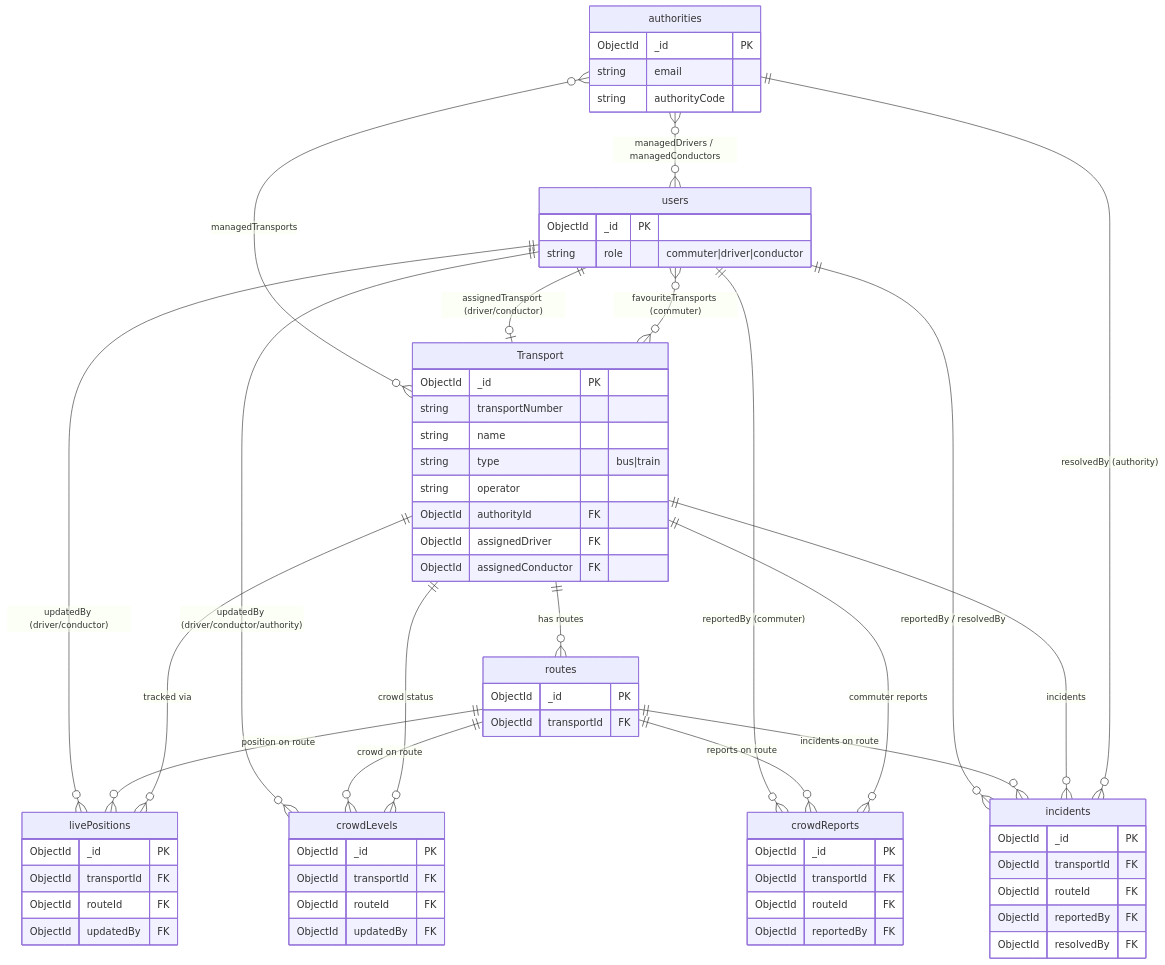
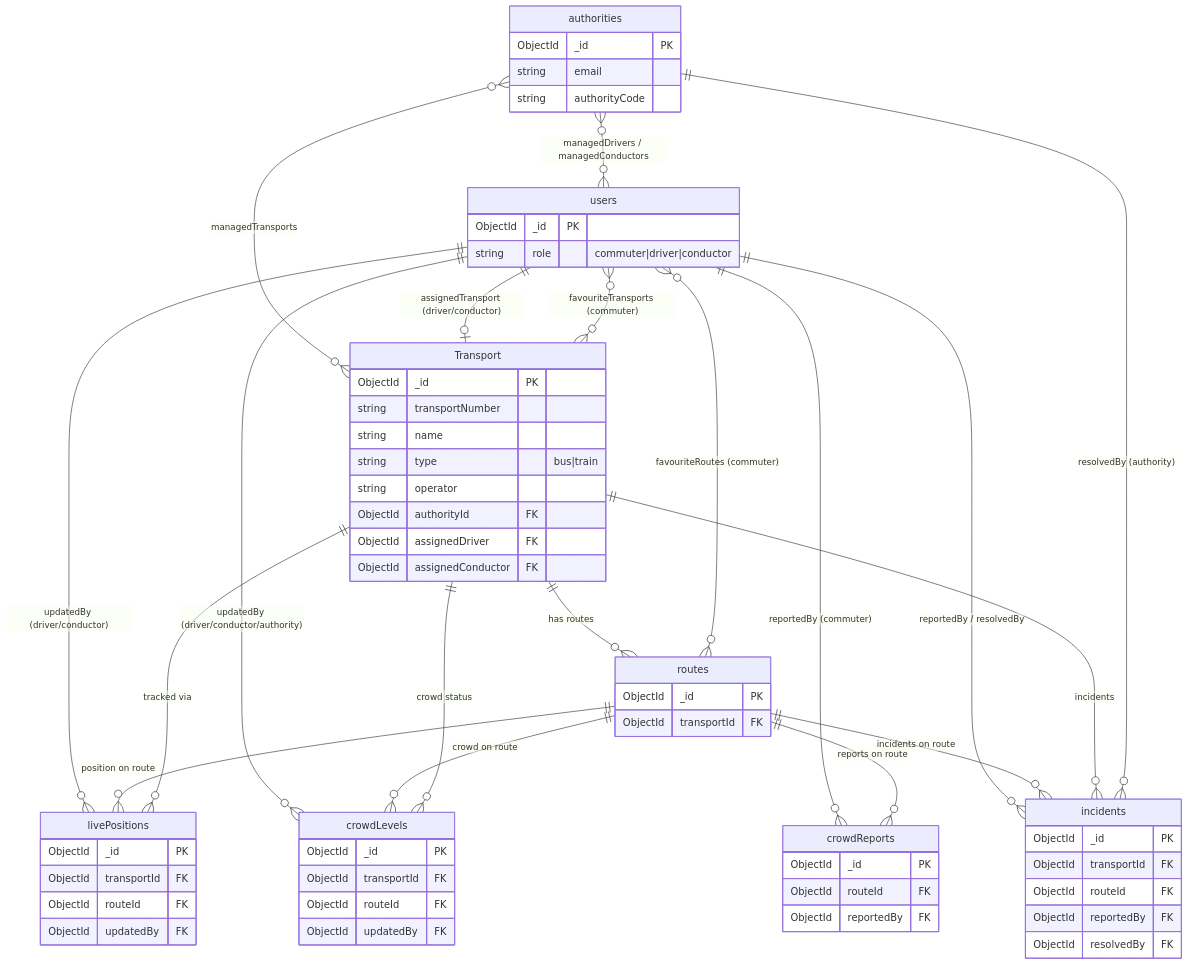
One commit to sanjayparivallal/Public-Transport-Information-and-Crowd-Insights changed the first of 2 diagrams in DATABASE_SCHEMA.md. Above: the diagram before and after it, drawn with Mermaid. The commit also changed other lines of this file and 33 other files, not shown here.

````diff
--- a/DATABASE_SCHEMA.md
+++ b/DATABASE_SCHEMA.md
@@ -374,78 +377,77 @@
 ```mermaid
 erDiagram
 
     users {
         ObjectId _id PK
         string role "commuter|driver|conductor"
     }
 
     authorities {
         ObjectId _id PK
         string email
         string authorityCode
     }
 
     Transport {
         ObjectId _id PK
         string transportNumber
         string name
         string type "bus|train"
         string operator
         ObjectId authorityId FK
         ObjectId assignedDriver FK
         ObjectId assignedConductor FK
     }
 
     routes {
         ObjectId _id PK
         ObjectId transportId FK
     }
 
     livePositions {
         ObjectId _id PK
         ObjectId transportId FK
         ObjectId routeId FK
         ObjectId updatedBy FK
     }
 
     crowdLevels {
         ObjectId _id PK
         ObjectId transportId FK
         ObjectId routeId FK
         ObjectId updatedBy FK
     }
 
     crowdReports {
         ObjectId _id PK
-        ObjectId transportId FK
         ObjectId routeId FK
         ObjectId reportedBy FK
     }
 
     incidents {
         ObjectId _id PK
         ObjectId transportId FK
         ObjectId routeId FK
         ObjectId reportedBy FK
         ObjectId resolvedBy FK
     }
 
     users }o--o{ Transport           : "favouriteTransports (commuter)"
+    users }o--o{ routes              : "favouriteRoutes (commuter)"
     users ||--o| Transport           : "assignedTransport (driver/conductor)"
     authorities }o--o{ Transport     : "managedTransports"
     authorities }o--o{ users         : "managedDrivers / managedConductors"
     authorities ||--o{ incidents     : "resolvedBy (authority)"
     Transport ||--o{ routes          : "has routes"
     Transport ||--o{ livePositions   : "tracked via"
     Transport ||--o{ crowdLevels     : "crowd status"
-    Transport ||--o{ crowdReports    : "commuter reports"
     Transport ||--o{ incidents       : "incidents"
     routes ||--o{ livePositions      : "position on route"
     routes ||--o{ crowdLevels        : "crowd on route"
     routes ||--o{ crowdReports       : "reports on route"
     routes ||--o{ incidents          : "incidents on route"
     users ||--o{ livePositions       : "updatedBy (driver/conductor)"
     users ||--o{ crowdLevels         : "updatedBy (driver/conductor/authority)"
     users ||--o{ crowdReports        : "reportedBy (commuter)"
     users ||--o{ incidents           : "reportedBy / resolvedBy"
 ```
````
